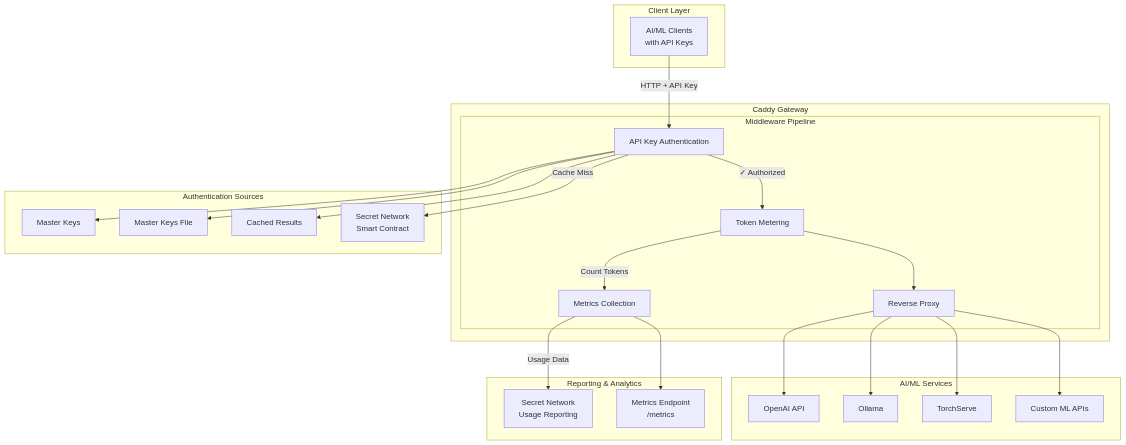
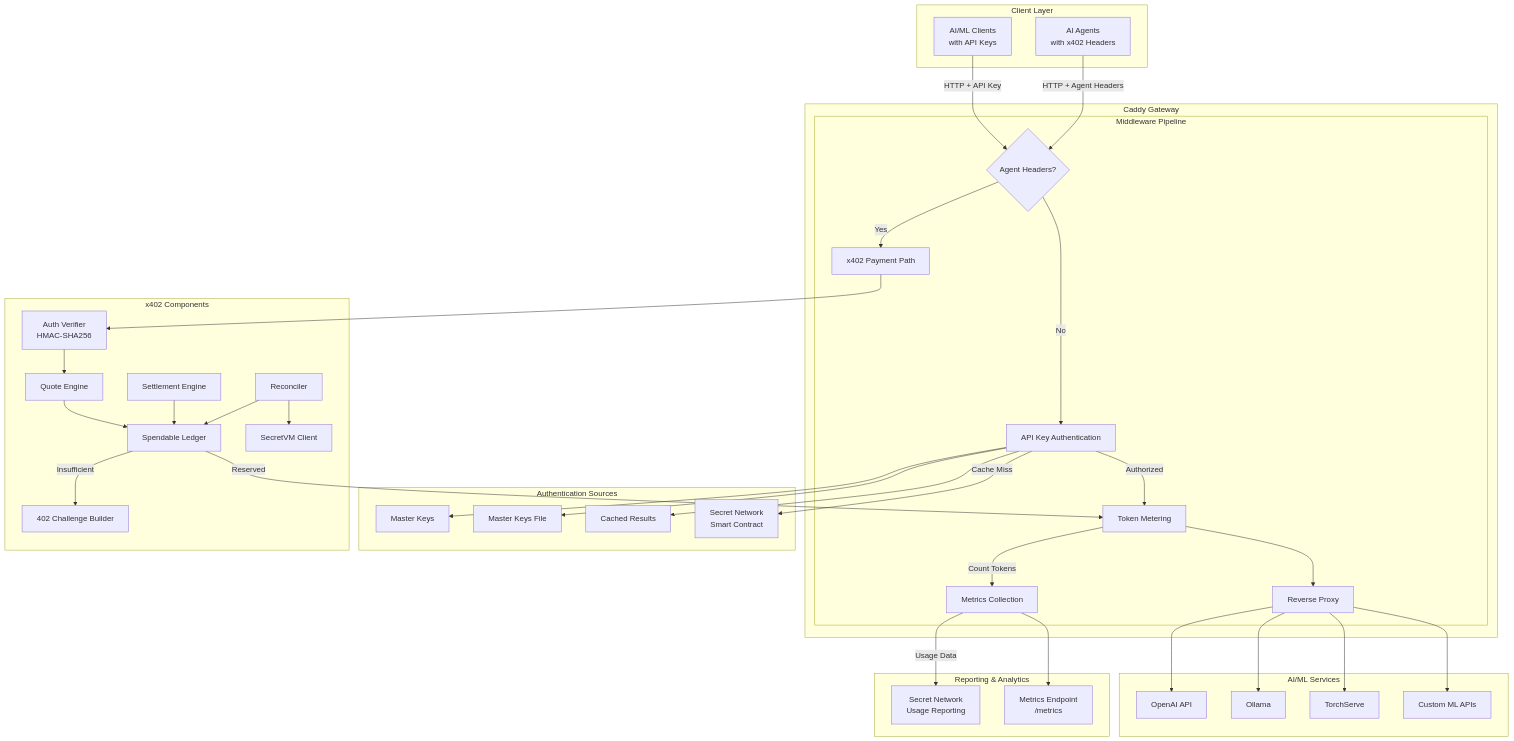
The diagram in README.md (scrtlabs/secret-ai-caddy), drawn with Mermaid before and after one commit. The commit also changed other lines of this file and 29 other files, not shown here.

````diff
--- a/README.md
+++ b/README.md
@@ -38,50 +40,74 @@
 ```mermaid
 graph TB
     subgraph "Client Layer"
         C[AI/ML Clients<br/>with API Keys]
+        A[AI Agents<br/>with x402 Headers]
     end
-    
+
     subgraph "Caddy Gateway"
         subgraph "Middleware Pipeline"
+            ROUTE{Agent Headers?}
             AUTH[API Key Authentication]
+            X402[x402 Payment Path]
             METER[Token Metering]
             METRICS[Metrics Collection]
             PROXY[Reverse Proxy]
         end
     end
-    
+
     subgraph "Authentication Sources"
         MK[Master Keys]
         MKF[Master Keys File]
         CACHE[Cached Results]
         SC[Secret Network<br/>Smart Contract]
     end
-    
+
+    subgraph "x402 Components"
+        VERIFY[Auth Verifier<br/>HMAC-SHA256]
+        QUOTE[Quote Engine]
+        LEDGER[Spendable Ledger]
+        SETTLE[Settlement Engine]
+        CHALLENGE[402 Challenge Builder]
+        RECON[Reconciler]
+        SVM[SecretVM Client]
+    end
+
     subgraph "AI/ML Services"
         AI1[OpenAI API]
         AI2[Ollama]
         AI3[TorchServe]
         AI4[Custom ML APIs]
     end
-    
+
     subgraph "Reporting & Analytics"
         BLOCKCHAIN[Secret Network<br/>Usage Reporting]
         METRICS_API[Metrics Endpoint<br/>/metrics]
     end
-    
-    C -->|HTTP + API Key| AUTH
+
+    C -->|HTTP + API Key| ROUTE
+    A -->|HTTP + Agent Headers| ROUTE
+    ROUTE -->|No| AUTH
+    ROUTE -->|Yes| X402
     AUTH --> MK
-    AUTH --> MKF  
+    AUTH --> MKF
     AUTH --> CACHE
     AUTH -->|Cache Miss| SC
-    AUTH -->|✓ Authorized| METER
+    AUTH -->|Authorized| METER
+    X402 --> VERIFY
+    VERIFY --> QUOTE
+    QUOTE --> LEDGER
+    LEDGER -->|Insufficient| CHALLENGE
+    LEDGER -->|Reserved| METER
     METER -->|Count Tokens| METRICS
     METER --> PROXY
     PROXY --> AI1
     PROXY --> AI2
     PROXY --> AI3
     PROXY --> AI4
-    
+    SETTLE --> LEDGER
+    RECON --> SVM
+    RECON --> LEDGER
+
     METRICS -->|Usage Data| BLOCKCHAIN
     METRICS --> METRICS_API
 ```
````
